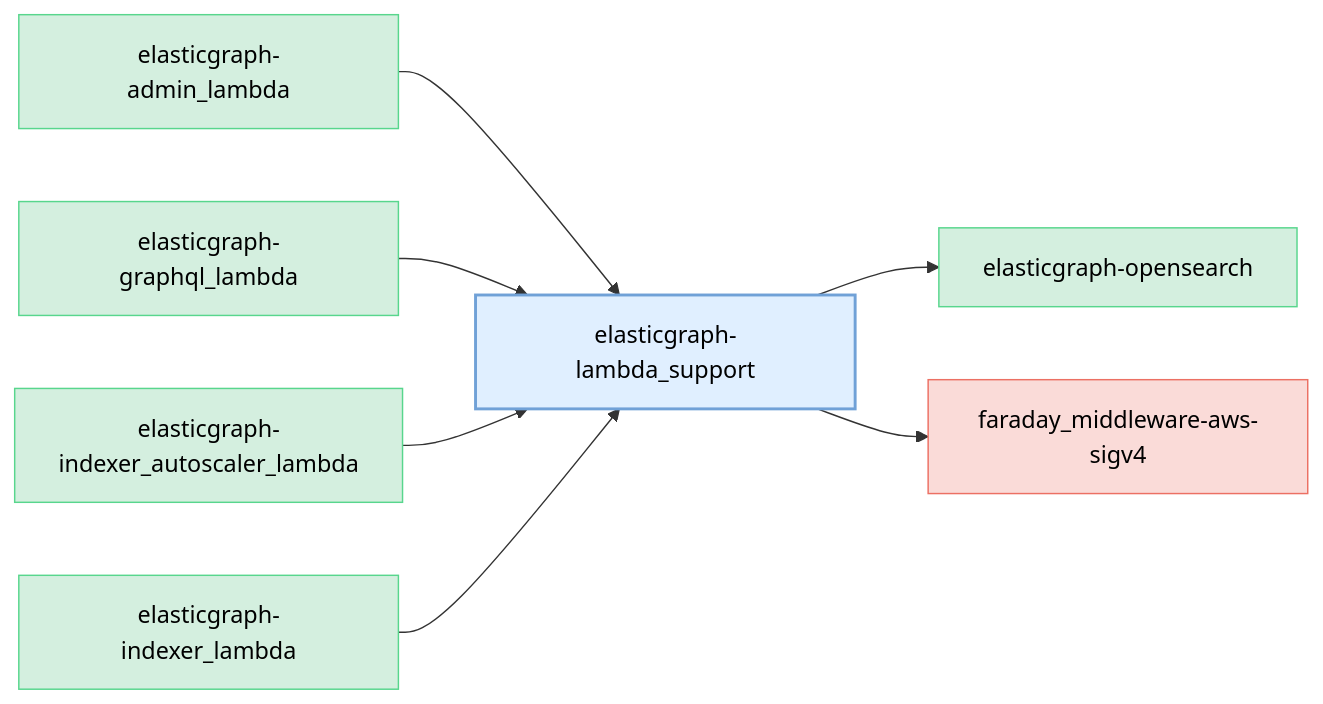
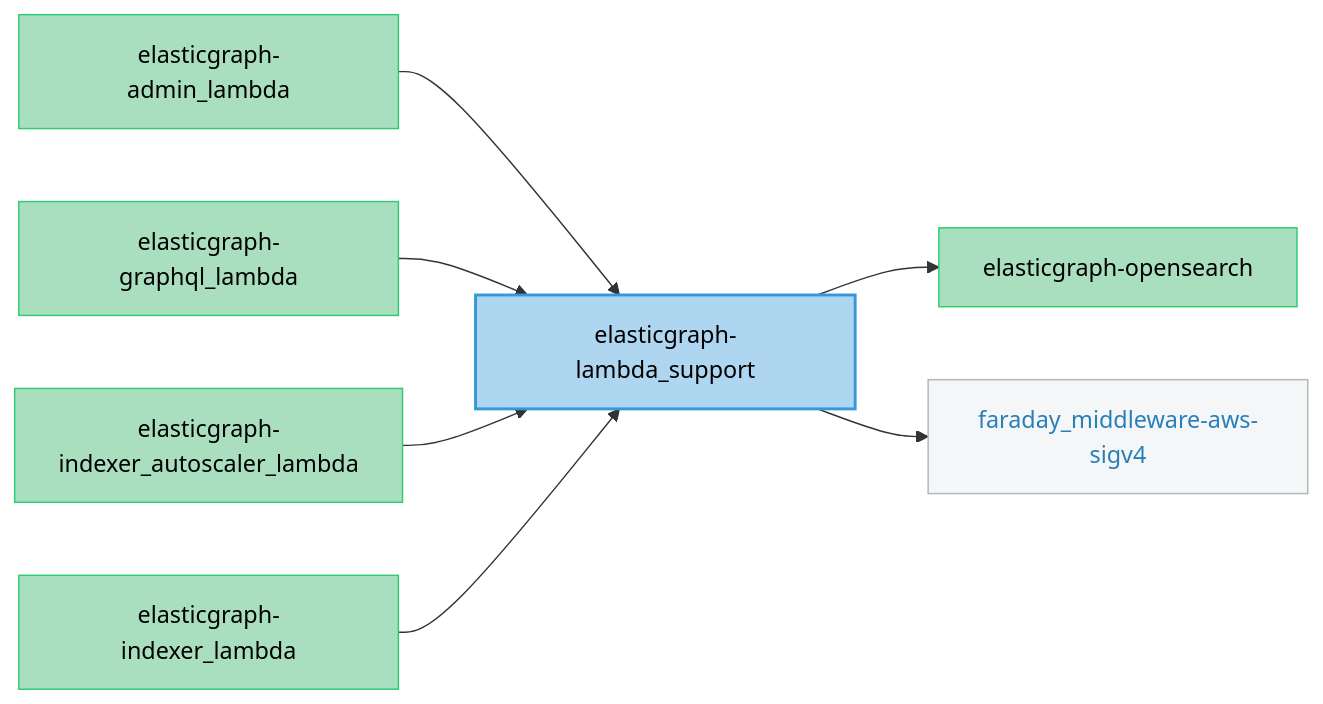
Before and after one commit to block/elasticgraph: the diagram in elasticgraph-lambda_support/README.md, drawn with Mermaid. The commit also changed 23 other files, not shown here.

````diff
--- a/elasticgraph-lambda_support/README.md
+++ b/elasticgraph-lambda_support/README.md
@@ -10,27 +10,27 @@
 ```mermaid
 graph LR;
-    classDef currentGemStyle fill:#E0EFFF,stroke:#70A1D7,color:#000,stroke-width:2px;
-    classDef internalEgGemStyle fill:#D4EFDF,stroke:#58D68D,color:#000;
-    classDef externalGemStyle fill:#FADBD8,stroke:#EC7063,color:#000;
+    classDef currentGemStyle fill:#AED6F1,stroke:#3498DB,color:#000,stroke-width:2px;
+    classDef internalEgGemStyle fill:#A9DFBF,stroke:#2ECC71,color:#000;
+    classDef externalGemStyle fill:#F4F6F7,stroke:#B3B6B7,color:#2980B9;
     elasticgraph-lambda_support["elasticgraph-lambda_support"];
     class elasticgraph-lambda_support currentGemStyle;
     elasticgraph-opensearch["elasticgraph-opensearch"];
     elasticgraph-lambda_support --> elasticgraph-opensearch;
     class elasticgraph-opensearch internalEgGemStyle;
     faraday_middleware-aws-sigv4["faraday_middleware-aws-sigv4"];
     elasticgraph-lambda_support --> faraday_middleware-aws-sigv4;
     class faraday_middleware-aws-sigv4 externalGemStyle;
     elasticgraph-admin_lambda["elasticgraph-admin_lambda"];
     elasticgraph-admin_lambda --> elasticgraph-lambda_support;
     class elasticgraph-admin_lambda internalEgGemStyle;
     elasticgraph-graphql_lambda["elasticgraph-graphql_lambda"];
     elasticgraph-graphql_lambda --> elasticgraph-lambda_support;
     class elasticgraph-graphql_lambda internalEgGemStyle;
     elasticgraph-indexer_autoscaler_lambda["elasticgraph-indexer_autoscaler_lambda"];
     elasticgraph-indexer_autoscaler_lambda --> elasticgraph-lambda_support;
     class elasticgraph-indexer_autoscaler_lambda internalEgGemStyle;
     elasticgraph-indexer_lambda["elasticgraph-indexer_lambda"];
     elasticgraph-indexer_lambda --> elasticgraph-lambda_support;
     class elasticgraph-indexer_lambda internalEgGemStyle;
     click faraday_middleware-aws-sigv4 href "https://rubygems.org/gems/faraday_middleware-aws-sigv4" "Open on RubyGems.org" _blank;
 ```
````
